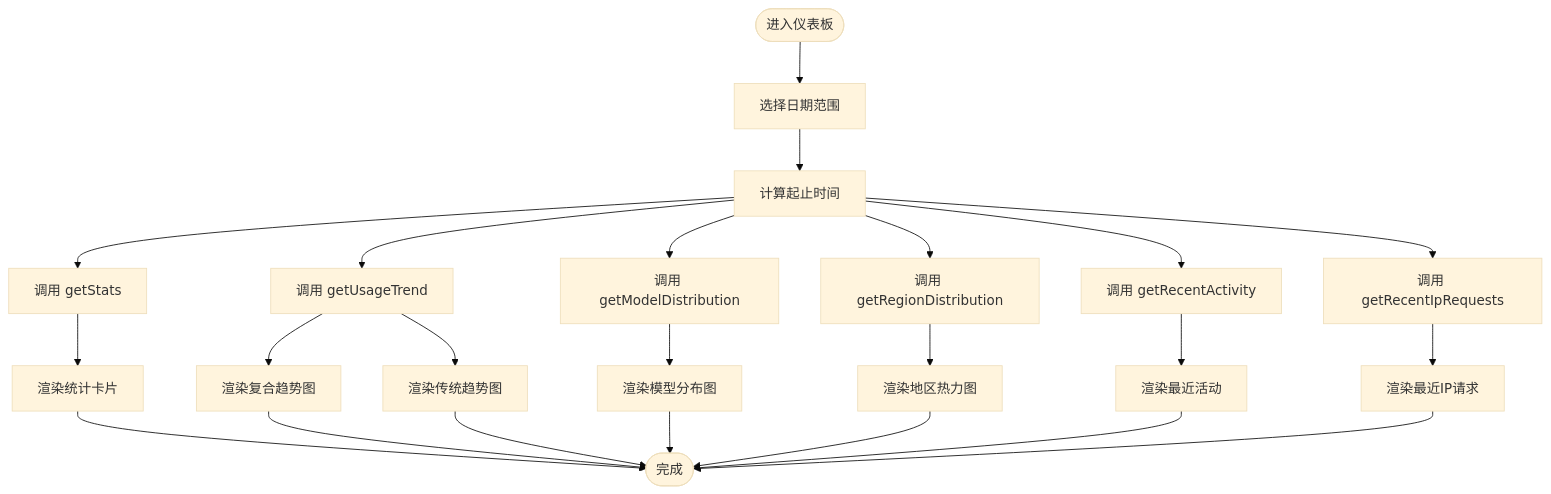
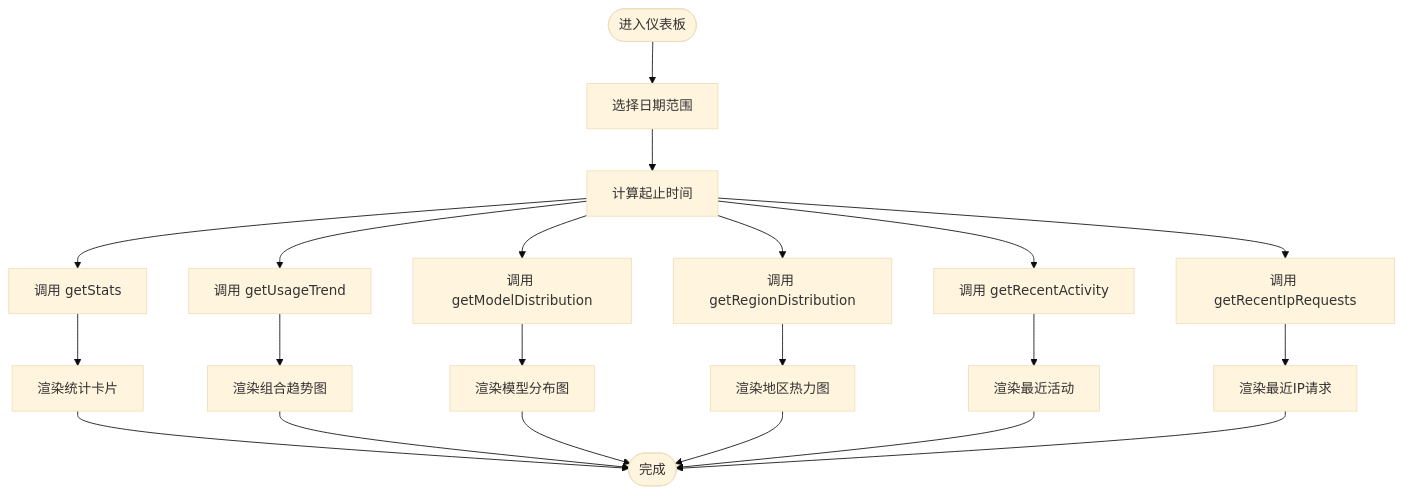
Before and after one commit to RadiumAg/AIGate: the third of 13 diagrams in .qoder/repowiki/zh/content/监控与分析/监控与分析.md, drawn with Mermaid (base theme). The commit also changed other lines of this file and 15 other files, not shown here.

````diff
--- a/.qoder/repowiki/zh/content/监控与分析/监控与分析.md
+++ b/.qoder/repowiki/zh/content/监控与分析/监控与分析.md
@@ -204,25 +176,23 @@
 ```mermaid
 flowchart TD
 Start(["进入仪表板"]) --> PickRange["选择日期范围"]
 PickRange --> ComputeDates["计算起止时间"]
 ComputeDates --> FetchStats["调用 getStats"]
 ComputeDates --> FetchTrend["调用 getUsageTrend"]
 ComputeDates --> FetchModel["调用 getModelDistribution"]
 ComputeDates --> FetchRegion["调用 getRegionDistribution"]
 ComputeDates --> FetchActivity["调用 getRecentActivity"]
 ComputeDates --> FetchIP["调用 getRecentIpRequests"]
 FetchStats --> RenderCards["渲染统计卡片"]
-FetchTrend --> RenderCombined["渲染复合趋势图"]
-FetchTrend --> RenderTrend["渲染传统趋势图"]
+FetchTrend --> RenderTrend["渲染组合趋势图"]
 FetchModel --> RenderModel["渲染模型分布图"]
 FetchRegion --> RenderRegion["渲染地区热力图"]
 FetchActivity --> RenderActivity["渲染最近活动"]
 FetchIP --> RenderIP["渲染最近IP请求"]
 RenderCards --> End(["完成"])
-RenderCombined --> End
 RenderTrend --> End
 RenderModel --> End
 RenderRegion --> End
 RenderActivity --> End
 RenderIP --> End
 ```
````
